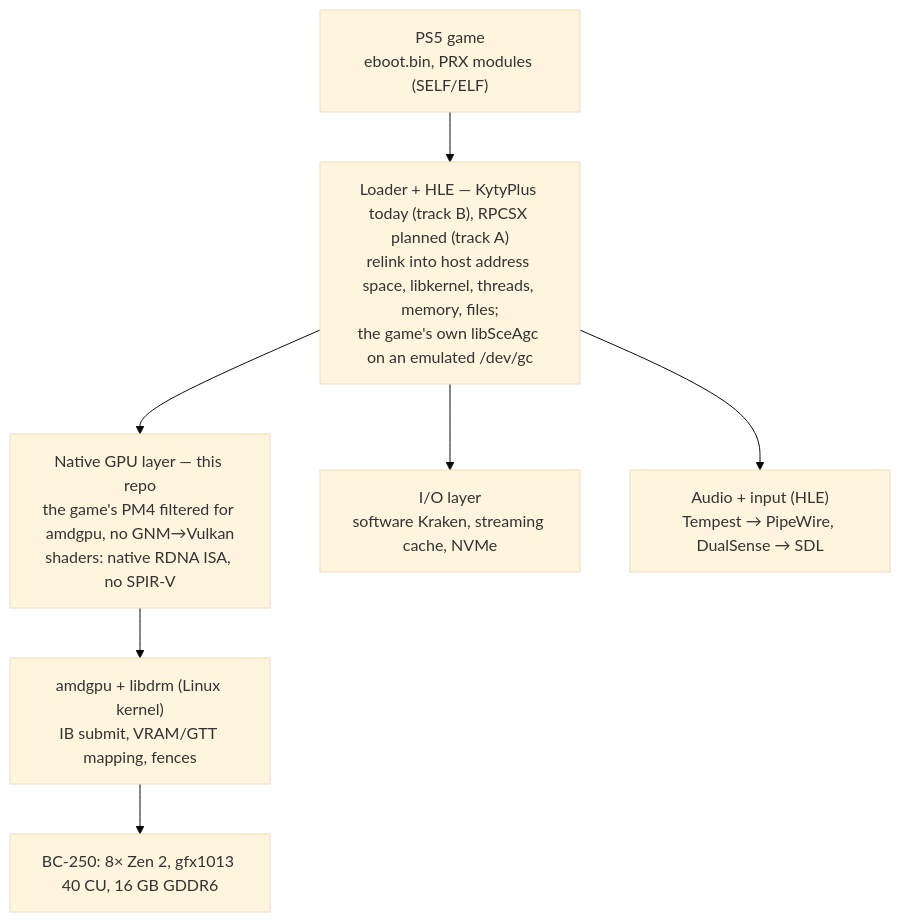
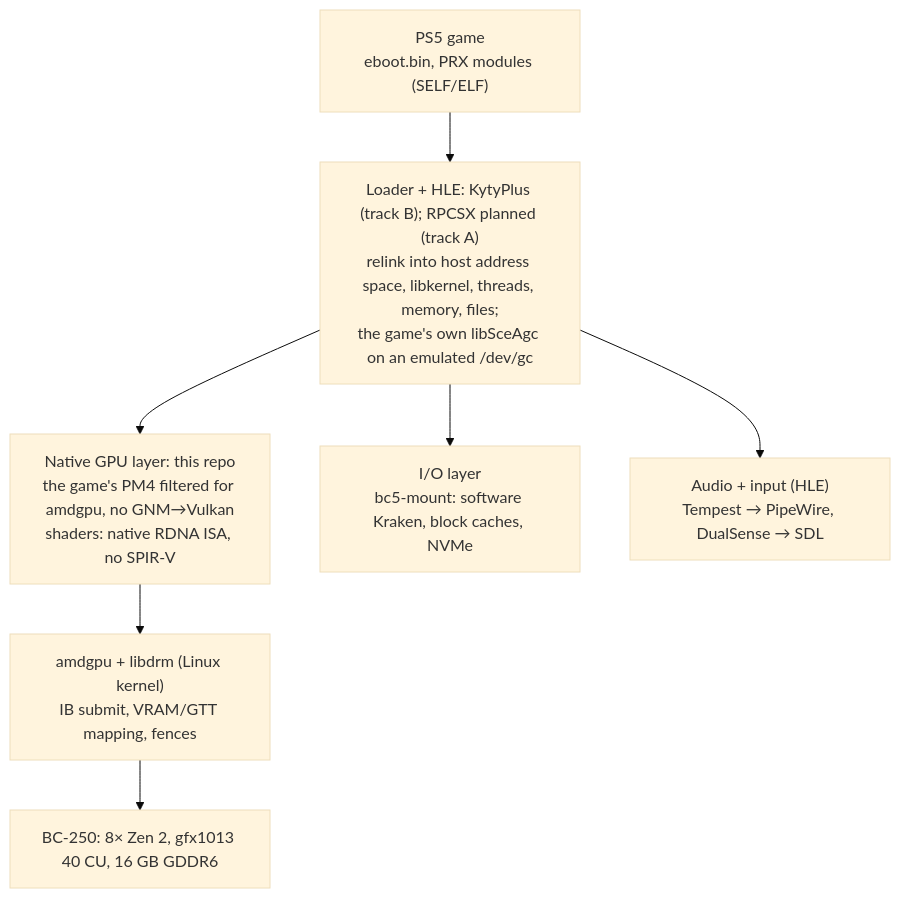
The diagram in README.md (RedMadKnight/BC5), drawn with Mermaid (base theme) before and after one commit. The commit also changed other lines of this file, not shown here.

````diff
--- a/README.md
+++ b/README.md
@@ -121,13 +46,13 @@
 ```mermaid
 flowchart TD
     G["PS5 game<br/>eboot.bin, PRX modules (SELF/ELF)"]
-    L["Loader + HLE — KytyPlus today (track B), RPCSX planned (track A)<br/>relink into host address space, libkernel, threads, memory, files;<br/>the game's own libSceAgc on an emulated /dev/gc"]
-    B["Native GPU layer — this repo<br/>the game's PM4 filtered for amdgpu, no GNM→Vulkan<br/>shaders: native RDNA ISA, no SPIR-V"]
+    L["Loader + HLE: KytyPlus (track B); RPCSX planned (track A)<br/>relink into host address space, libkernel, threads, memory, files;<br/>the game's own libSceAgc on an emulated /dev/gc"]
+    B["Native GPU layer: this repo<br/>the game's PM4 filtered for amdgpu, no GNM→Vulkan<br/>shaders: native RDNA ISA, no SPIR-V"]
     K["amdgpu + libdrm (Linux kernel)<br/>IB submit, VRAM/GTT mapping, fences"]
     H["BC-250: 8× Zen 2, gfx1013 40 CU, 16 GB GDDR6"]
-    IO["I/O layer<br/>software Kraken, streaming cache, NVMe"]
+    IO["I/O layer<br/>bc5-mount: software Kraken, block caches, NVMe"]
     AU["Audio + input (HLE)<br/>Tempest → PipeWire, DualSense → SDL"]
     G --> L --> B --> K --> H
     L --> IO
     L --> AU
 ```
````
